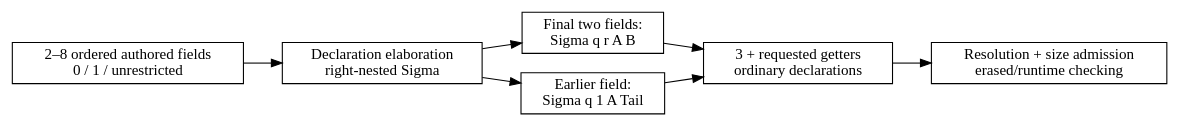
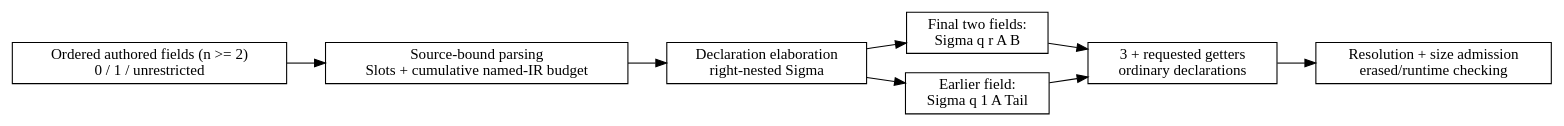
One commit to odunboye/fibril changed the diagram in docs/diagrams/record-telescopes.dot. Above: the diagram before and after it, drawn with Graphviz. The commit also changed 10 other files, not shown here.

```diff
--- a/docs/diagrams/record-telescopes.dot
+++ b/docs/diagrams/record-telescopes.dot
@@ -1,16 +1,17 @@
 digraph RecordTelescopes {
   rankdir=LR;
   node [shape=box];
-  authored [label="2–8 ordered authored fields\n0 / 1 / unrestricted"];
+  authored [label="Ordered authored fields (n >= 2)\n0 / 1 / unrestricted"];
+  admission [label="Source-bound parsing\nSlots + cumulative named-IR budget"];
   lowering [label="Declaration elaboration\nright-nested Sigma"];
   two [label="Final two fields:\nSigma q r A B"];
   tail [label="Earlier field:\nSigma q 1 A Tail"];
   generated [label="3 + requested getters\nordinary declarations"];
   checker [label="Resolution + size admission\nerased/runtime checking"];
-  authored -> lowering;
+  authored -> admission -> lowering;
   lowering -> two;
   lowering -> tail;
   two -> generated;
   tail -> generated;
   generated -> checker;
 }
```
